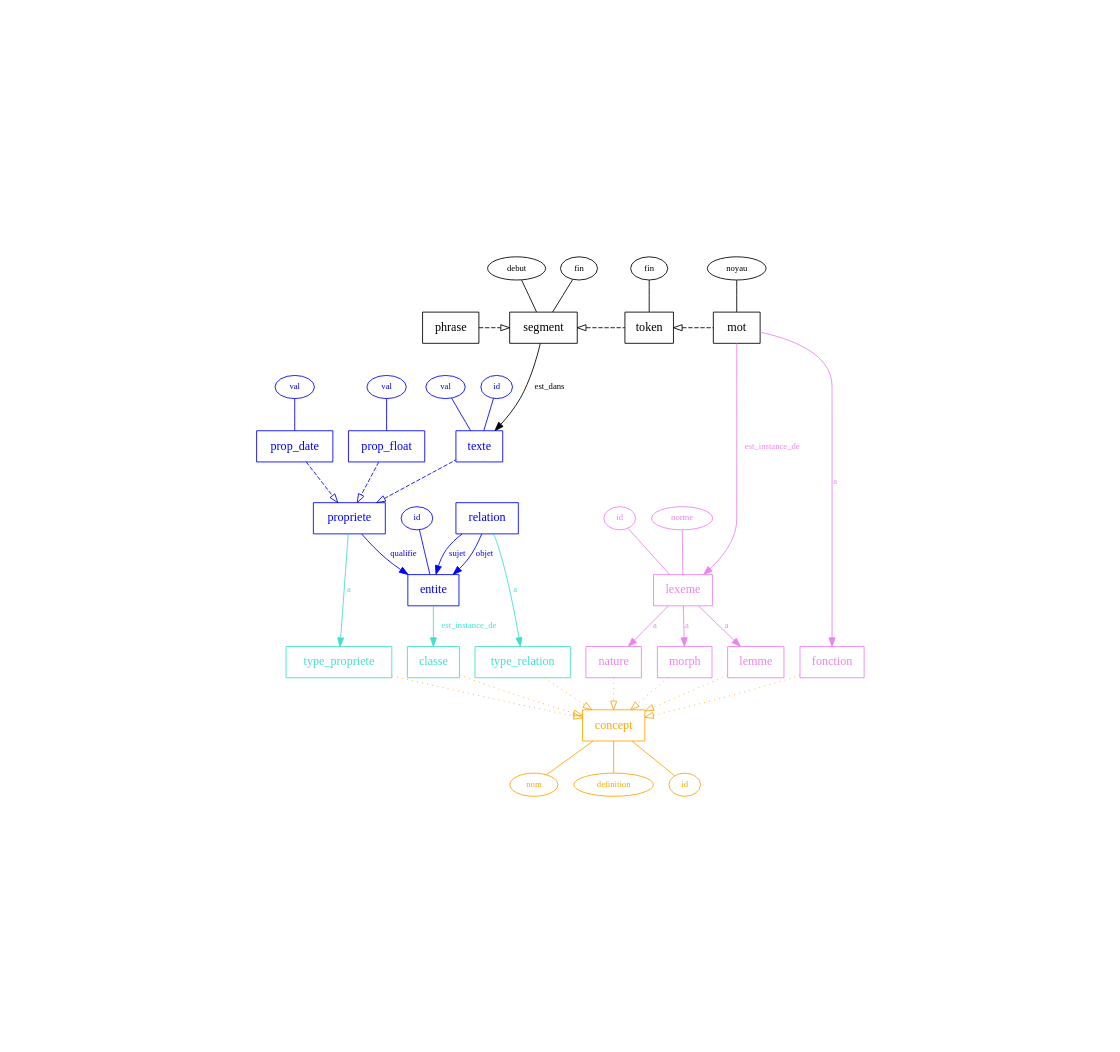
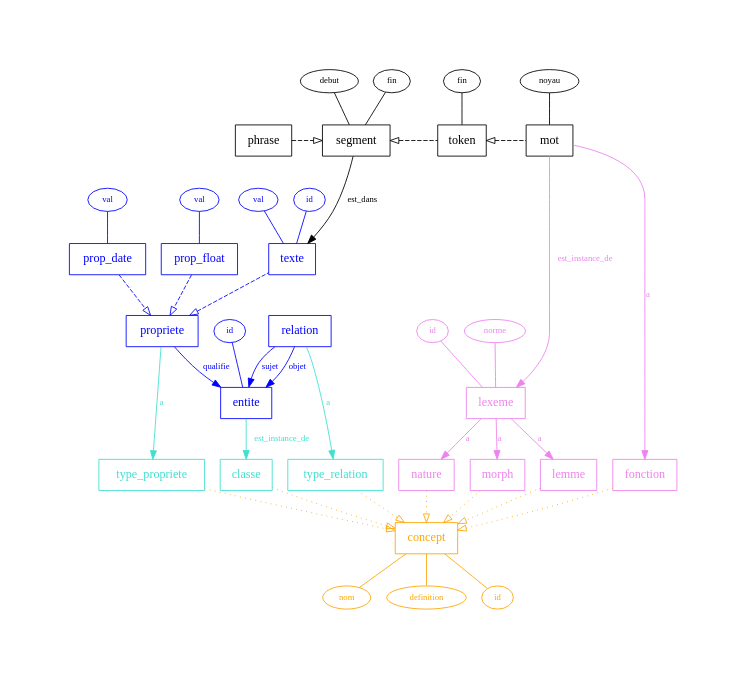
Before and after one commit to thjbdvlt/litteralement: the diagram in diagram/diagram.dot, drawn with Graphviz. The commit also changed 2 other files, not shown here.

```diff
--- a/diagram/diagram.dot
+++ b/diagram/diagram.dot
@@ -1,108 +1,108 @@
 digraph {
-    pad=4
+    pad=1
     {rank=same; classe; type_relation; type_propriete; nature; fonction; morph}
     {rank=same; segment;token; phrase; mot}
     {rank=same; texte; prop_date; prop_float}
     {rank=same; texte_val; prop_date_val; prop_float_val}
 
     concept [color=orange fontcolor=orange shape=box]
     type_propriete [shape=box color=turquoise fontcolor=turquoise]
     type_relation [shape=box color=turquoise fontcolor=turquoise]
     classe [shape=box color=turquoise fontcolor=turquoise]
 
     fonction [shape=box color=violet fontcolor=violet]
     nature [shape=box color=violet fontcolor=violet]
     morph [shape=box color=violet fontcolor=violet]
     lemme [shape=box color=violet fontcolor=violet]
 
     entite [shape=box color=blue fontcolor=blue]
     propriete [shape=box color=blue fontcolor=blue]
     relation [shape=box color=blue fontcolor=blue]
 
     token [shape=box color=black fontcolor=black]
     mot [shape=box color=black fontcolor=black]
     segment [shape=box color=black fontcolor=black]
     phrase [shape=box color=black fontcolor=black]
 
     texte [shape=box color=blue fontcolor=blue]
     prop_float [shape=box color=blue fontcolor=blue]
     prop_date [shape=box color=blue fontcolor=blue]
 
     lexeme [shape=box color=violet fontcolor=violet]
 
     type_relation -> concept [style=dotted arrowhead=empty color=orange]
     type_propriete -> concept [style=dotted arrowhead=empty color=orange]
     classe -> concept [style=dotted arrowhead=empty color=orange]
 
     nature -> concept [style=dotted arrowhead=empty color=orange]
     fonction -> concept [style=dotted arrowhead=empty color=orange]
     morph -> concept [style=dotted arrowhead=empty color=orange]
     lemme -> concept [style=dotted arrowhead=empty color=orange]
 
     relation -> entite [label=sujet color=blue fontcolor=blue fontsize=10]
     relation -> entite [label=objet color=blue fontcolor=blue fontsize=10]
     propriete -> entite [label=qualifie color=blue fontcolor=blue fontsize=10]
     propriete -> texte [style=dashed dir=back arrowtail=empty color=blue]
 
     entite -> classe [label=est_instance_de color=turquoise fontcolor=turquoise fontsize=10]
     relation -> type_relation [label=a color=turquoise fontcolor=turquoise fontsize=10]
     propriete -> type_propriete [label=a color=turquoise fontcolor=turquoise fontsize=10]
     
     segment -> texte [label=est_dans color=black fontcolor=black fontsize=10]
 
     phrase -> segment [style=dashed arrowhead=empty color=black]
     segment -> token [style=dashed dir=back arrowtail=empty color=black]
     token -> mot [style=dashed dir=back arrowtail=empty color=black]
 
     mot -> fonction [label=a color=violet fontcolor=violet fontsize=10]
     lexeme -> nature [label=a color=violet fontcolor=violet fontsize=10]
     lexeme -> morph [label=a color=violet fontcolor=violet fontsize=10]
     lexeme -> lemme [label=a color=violet fontcolor=violet fontsize=10]
     mot -> lexeme [label=est_instance_de color=violet fontcolor=violet fontsize=10]
 
     prop_float -> propriete [style=dashed arrowhead=empty color=blue]
     prop_date -> propriete [style=dashed arrowhead=empty color=blue]
 
     // colonnes littérales
     concept_nom [label=nom fontsize=10 width=0.2 height=0.2 color=orange fontcolor=orange]
     concept_definition [label=definition fontsize=10 width=0.2 height=0.2 color=orange fontcolor=orange]
     concept_id [label=id fontsize=10 width=0.2 height=0.2 color=orange fontcolor=orange]
 
     entite_id [label=id fontsize=10 width=0.2 height=0.2 color=blue fontcolor=blue]
 
     segment_debut [label=debut fontsize=10 width=0.2 height=0.2 color=black fontcolor=black]
     segment_fin [label=fin fontsize=10 width=0.2 height=0.2 color=black fontcolor=black]
     token_num [label=fin fontsize=10 width=0.2 height=0.2 color=black fontcolor=black]
     mot_noyau [label=noyau fontsize=10 width=0.2 height=0.2 color=black fontcolor=black]
 
     lexeme_id [label=id fontsize=10 width=0.2 height=0.2 color=violet fontcolor=violet]
     lexeme_norme [label=norme fontsize=10 width=0.2 height=0.2 color=violet fontcolor=violet]
 
     concept -> concept_nom [dir=none color=orange]
     concept -> concept_definition [dir=none color=orange]
     concept -> concept_id [dir=none color=orange]
 
     entite_id -> entite [dir=none color=blue]
 
     segment_fin -> segment [dir=none color=black]
     segment_debut -> segment [dir=none color=black]
     token_num -> token [dir=none color=black]
     mot_noyau -> mot [dir=none color=black]
 
     lexeme_id -> lexeme [dir=none color=violet]
     lexeme_norme -> lexeme [dir=none color=violet]
 
     prop_float_val [label=val width=0.2 height=0.2 fontsize=10 color=blue fontcolor=blue]
     prop_date_val [label=val width=0.2 height=0.2 fontsize=10 color=blue fontcolor=blue]
     texte_val [label=val width=0.2 height=0.2 fontsize=10 color=blue fontcolor=blue]
     texte_id [label=id width=0.2 height=0.2 fontsize=10 color=blue fontcolor=blue]
 
     prop_float_val -> prop_float [color=blue dir=none]
     prop_date_val -> prop_date [color=blue dir=none]
     texte_val -> texte [color=blue dir=none]
     texte_id -> texte [color=blue dir=none]
 
     segment -> texte_val [color=none]
     prop_float -> texte [color=none]
 
 }
```
